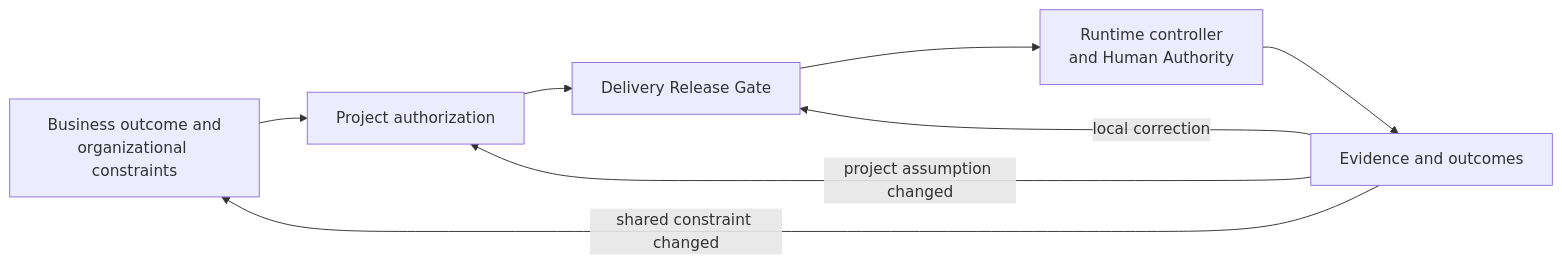
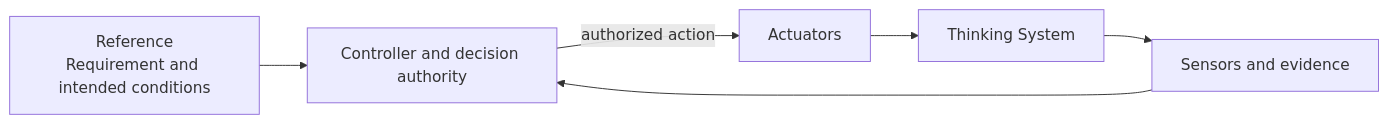
Before and after one commit to UncertaintyArchitectureGroup/uncertainty-architecture: the first of 3 diagrams in 02-ai-control-plane/README.md, drawn with Mermaid. The commit also changed other lines of this file and 31 other files, not shown here.

First line of the commit message:
Define Constraints and Constraint Realization as first-class control concepts (#32)

````diff
--- a/02-ai-control-plane/README.md
+++ b/02-ai-control-plane/README.md
@@ -87,16 +55,13 @@
 ```mermaid
 flowchart LR
-    B[Business outcome and<br/>organizational constraints]
-    P[Project authorization]
-    D[Delivery Release Gate]
-    R[Runtime controller<br/>and Human Authority]
-    E[Evidence and outcomes]
+    R[Reference<br/>Requirement and intended conditions]
+    P[Thinking System]
+    S[Sensors and evidence]
+    C[Controller and decision authority]
+    A[Actuators]
 
-    B --> P
-    P --> D
-    D --> R
-    R --> E
-    E -->|local correction| D
-    E -->|project assumption changed| P
-    E -->|shared constraint changed| B
+    R --> C
+    P --> S --> C
+    C -->|authorized action| A
+    A --> P
 ```
````
